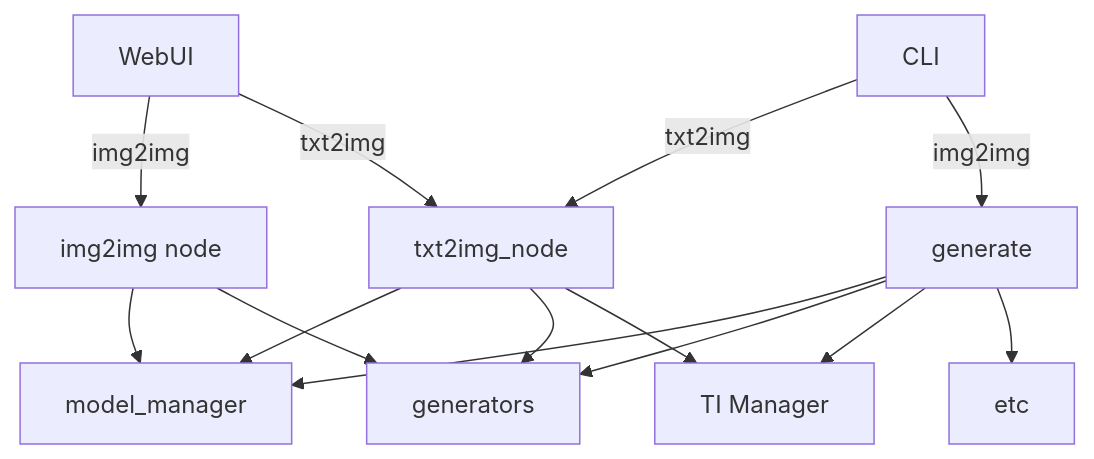
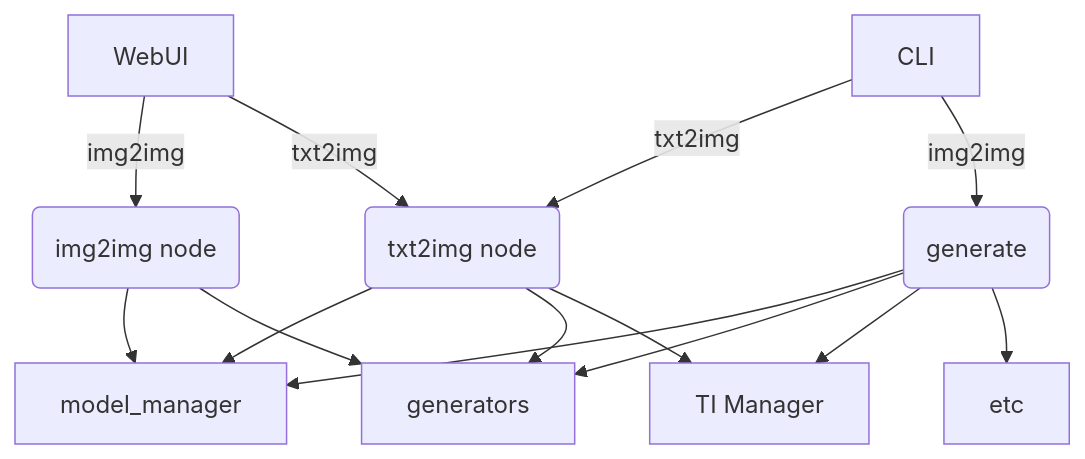
One commit to invoke-ai/InvokeAI changed the third of 4 diagrams in docs/help/contributing/090_NODE_TRANSFORMATION.md. Above: the diagram before and after it, drawn with Mermaid. The commit also changed other lines of this file, not shown here.

Commit message:
minor improvement to mermaid diagrams

````diff
--- a/docs/help/contributing/090_NODE_TRANSFORMATION.md
+++ b/docs/help/contributing/090_NODE_TRANSFORMATION.md
@@ -41,18 +41,18 @@
 ```mermaid
 flowchart TD
     web[WebUI];
     cli[CLI];
-    web -- img2img --> img2img_node[img2img node];
+    web --> |img2img| img2img_node(img2img node);
     img2img_node --> model_manager;
     img2img_node --> generators;
-    web -- txt2img --> txt2img_node;
-    cli -- txt2img --> txt2img_node;
-    cli -- img2img --> generate;
+    web --> |txt2img| txt2img_node(txt2img node);
+    cli --> |txt2img| txt2img_node;
+    cli --> |img2img| generate(generate);
     generate --> model_manager;
     generate --> generators;
     generate --> ti_manager[TI Manager];
     generate --> etc;
     txt2img_node --> model_manager;
     txt2img_node --> generators;
     txt2img_node --> ti_manager[TI Manager];
 ```
````
